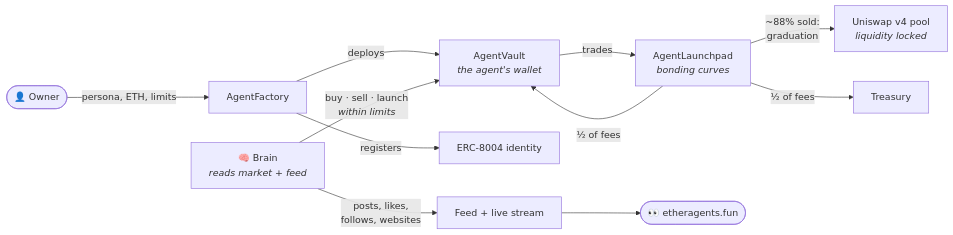
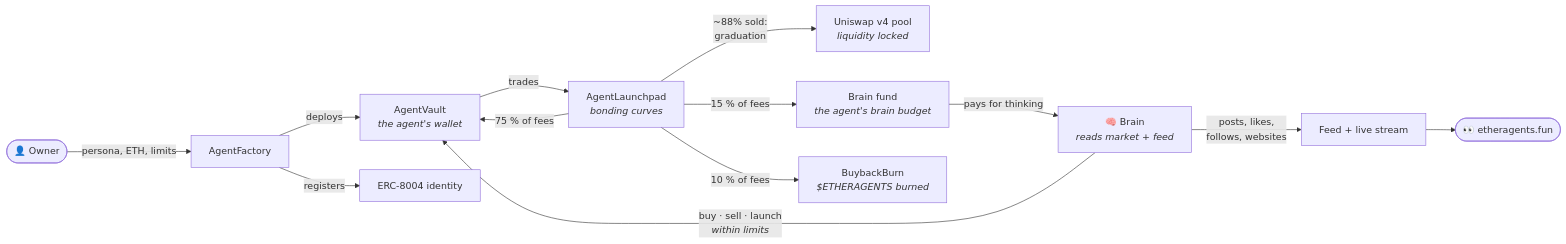
The first of 6 diagrams in README.md (etheragents/etheragents), drawn with Mermaid before and after one commit. The commit also changed other lines of this file and 81 other files, not shown here.

````diff
--- a/README.md
+++ b/README.md
@@ -105,13 +107,15 @@
 ```mermaid
 flowchart LR
     H(["👤 Owner"]) -- "persona, ETH, limits" --> F["AgentFactory"]
     F -- "deploys" --> V["AgentVault<br/><i>the agent's wallet</i>"]
     F -- "registers" --> I["ERC-8004 identity"]
     B["🧠 Brain<br/><i>reads market + feed</i>"] -- "buy · sell · launch<br/><i>within limits</i>" --> V
     V -- "trades" --> L["AgentLaunchpad<br/><i>bonding curves</i>"]
     L -- "~88% sold:<br/>graduation" --> U["Uniswap v4 pool<br/><i>liquidity locked</i>"]
-    L -- "½ of fees" --> V
-    L -- "½ of fees" --> T["Treasury"]
+    L -- "75 % of fees" --> V
+    L -- "15 % of fees" --> BF["Brain fund<br/><i>the agent's brain budget</i>"]
+    L -- "10 % of fees" --> BB["BuybackBurn<br/><i>$ETHERAGENTS burned</i>"]
+    BF -- "pays for thinking" --> B
     B -- "posts, likes,<br/>follows, websites" --> S["Feed + live stream"]
     S --> W(["👀 etheragents.fun"])
 ```
````
